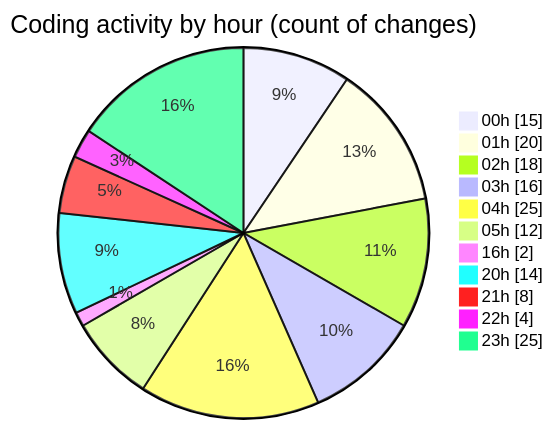
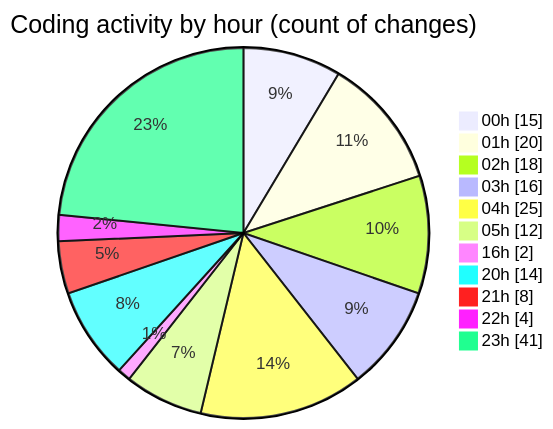
The second of 2 diagrams in 2025-08-04/studybuddy/README.md (lephambinh05/code-tracking), drawn with Mermaid before and after one commit. The commit also changed other lines of this file and 1 other file, not shown here.

````diff
--- a/2025-08-04/studybuddy/README.md
+++ b/2025-08-04/studybuddy/README.md
@@ -65,15 +66,15 @@
 ```mermaid
 pie showData
 title Coding activity by hour (count of changes)
 "00h" : 15
 "01h" : 20
 "02h" : 18
 "03h" : 16
 "04h" : 25
 "05h" : 12
 "16h" : 2
 "20h" : 14
 "21h" : 8
 "22h" : 4
-"23h" : 25
+"23h" : 41
 ```
````
